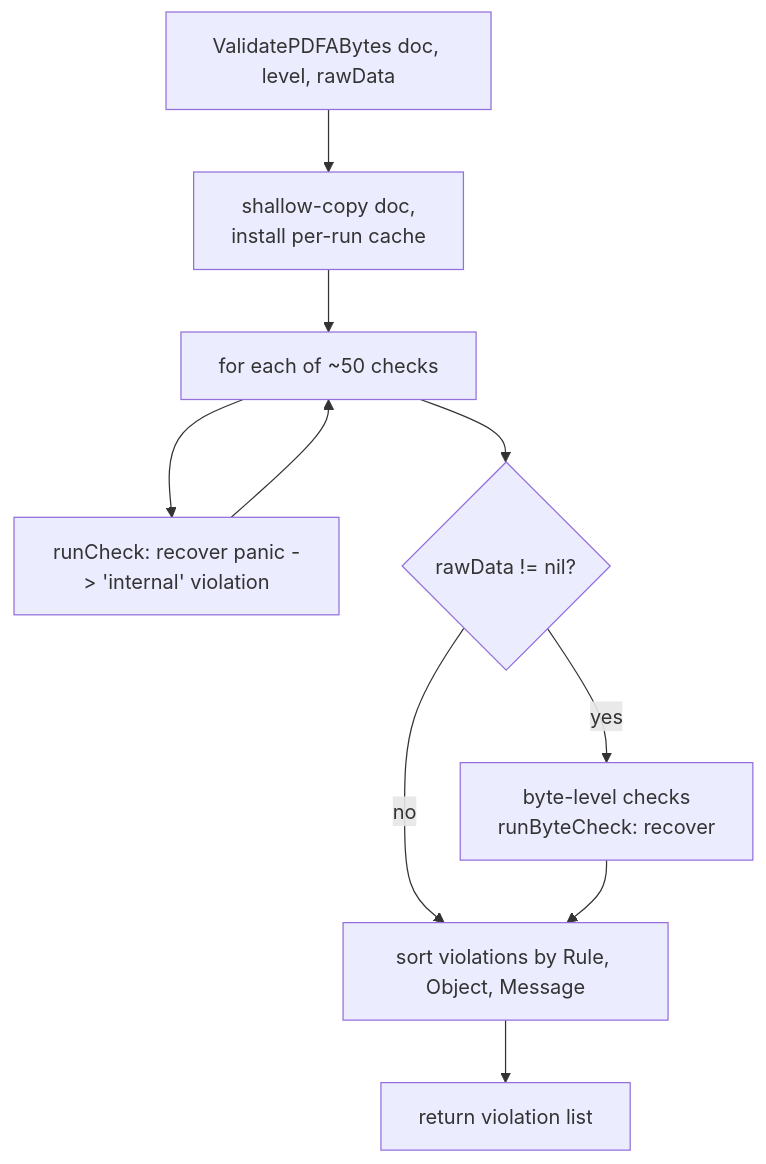
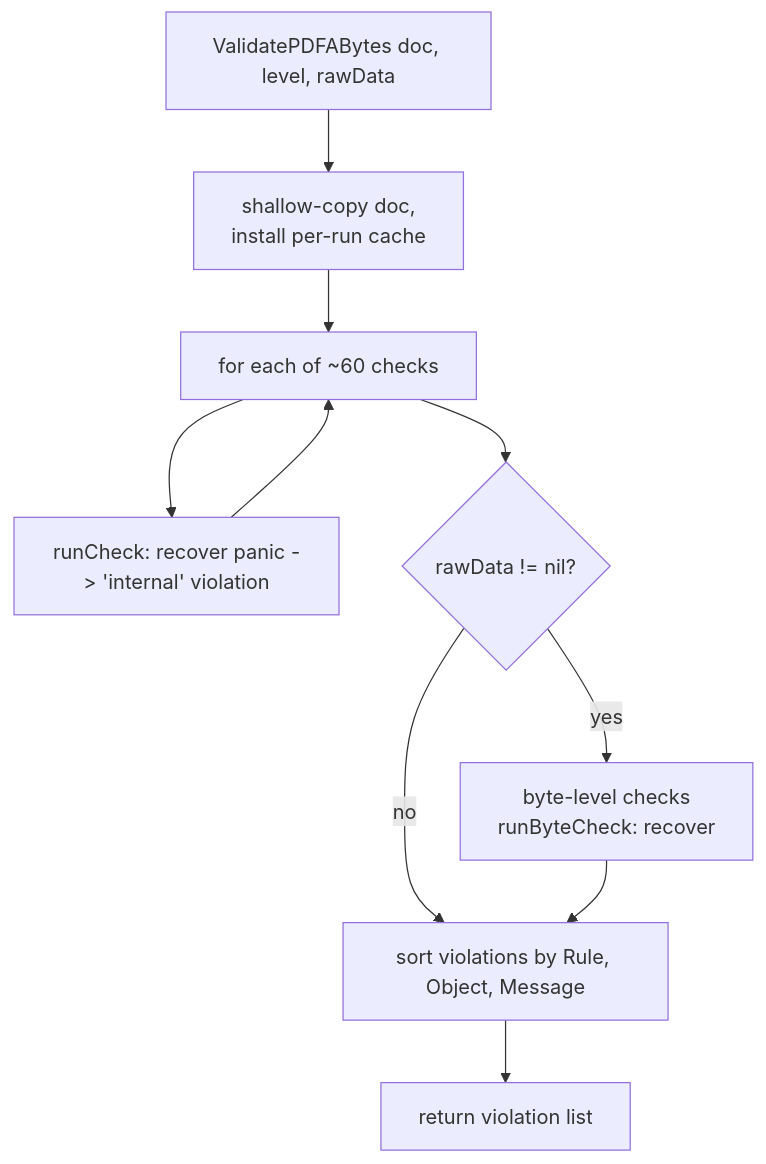
The third of 3 diagrams in docs/architecture.md (mgilbir/pdf0), drawn with Mermaid before and after one commit. The commit also changed other lines of this file and 11 other files, not shown here.

````diff
--- a/docs/architecture.md
+++ b/docs/architecture.md
@@ -83,12 +87,12 @@
 ```mermaid
 flowchart TD
     A[ValidatePDFABytes doc, level, rawData] --> B[shallow-copy doc,<br/>install per-run cache]
-    B --> C[for each of ~50 checks]
+    B --> C[for each of ~60 checks]
     C --> D[runCheck: recover panic -> 'internal' violation]
     D --> C
     C --> E{rawData != nil?}
     E -->|yes| F[byte-level checks<br/>runByteCheck: recover]
     E -->|no| G
     F --> G[sort violations by Rule, Object, Message]
     G --> I[return violation list]
 ```
````
